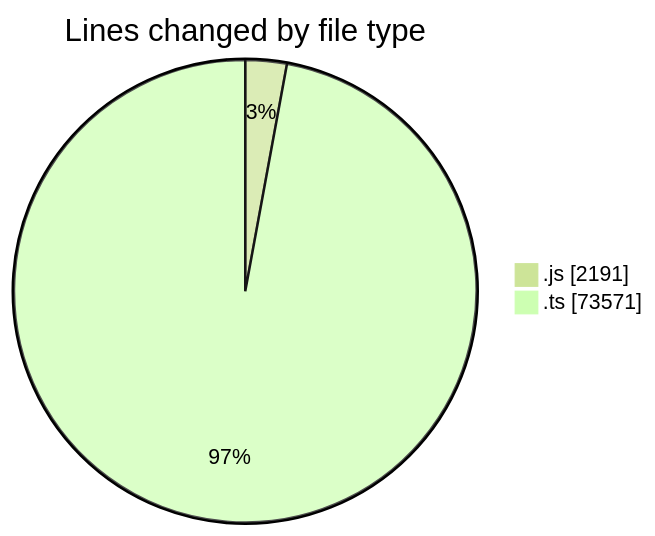
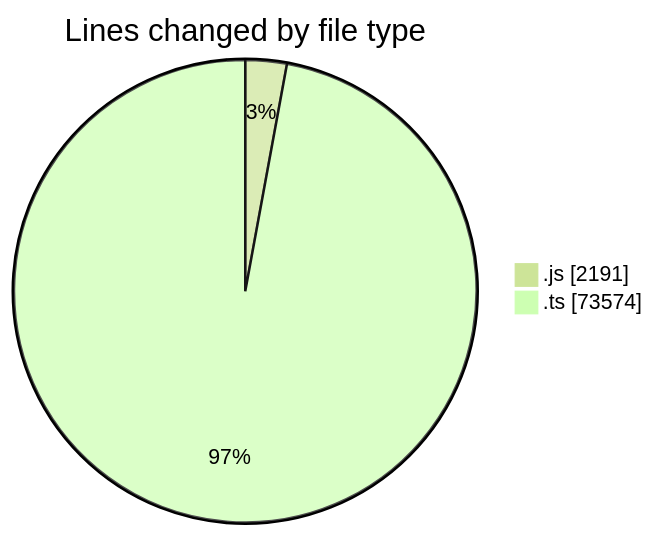
One commit to momahboobian/code-tracking changed the first of 2 diagrams in 2025-06-19/cda/README.md. Above: the diagram before and after it, drawn with Mermaid (forest theme). The commit also changed other lines of this file and 1 other file, not shown here.

````diff
--- a/2025-06-19/cda/README.md
+++ b/2025-06-19/cda/README.md
@@ -41,6 +41,6 @@
 ```mermaid
 pie showData
 title Lines changed by file type
 ".js" : 2191
-".ts" : 73571
+".ts" : 73574
 ```
````
